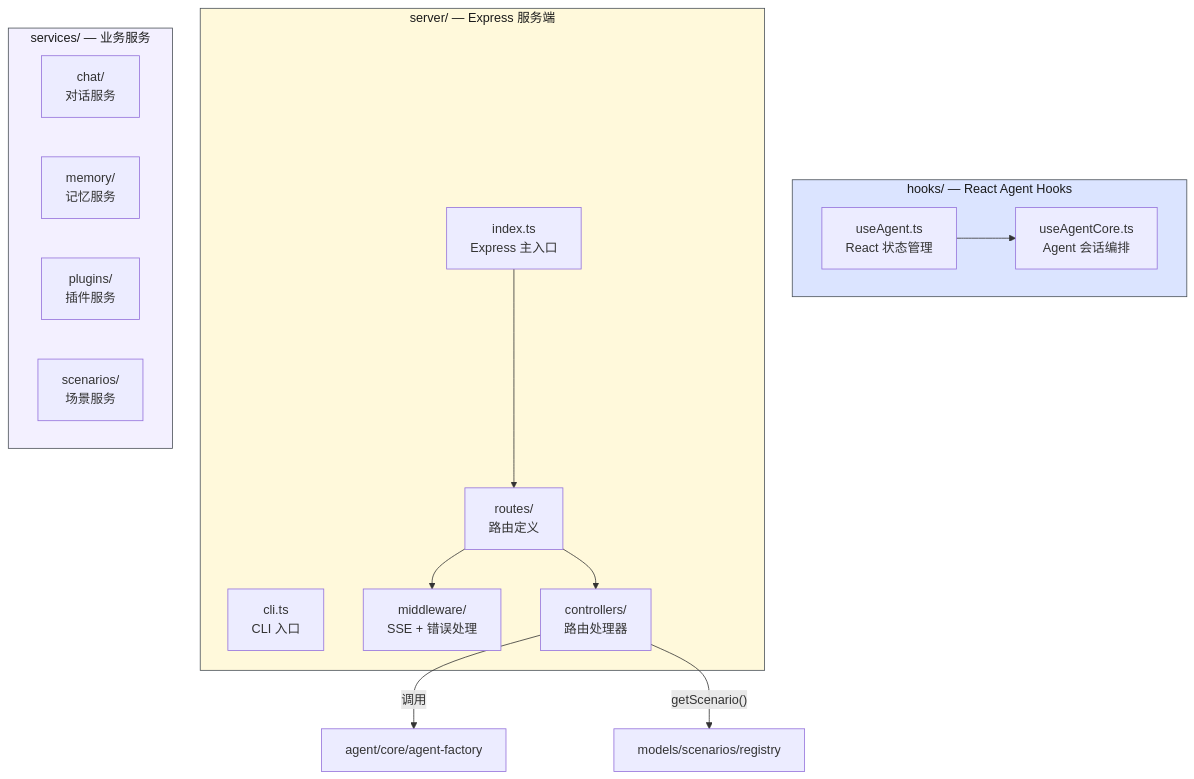
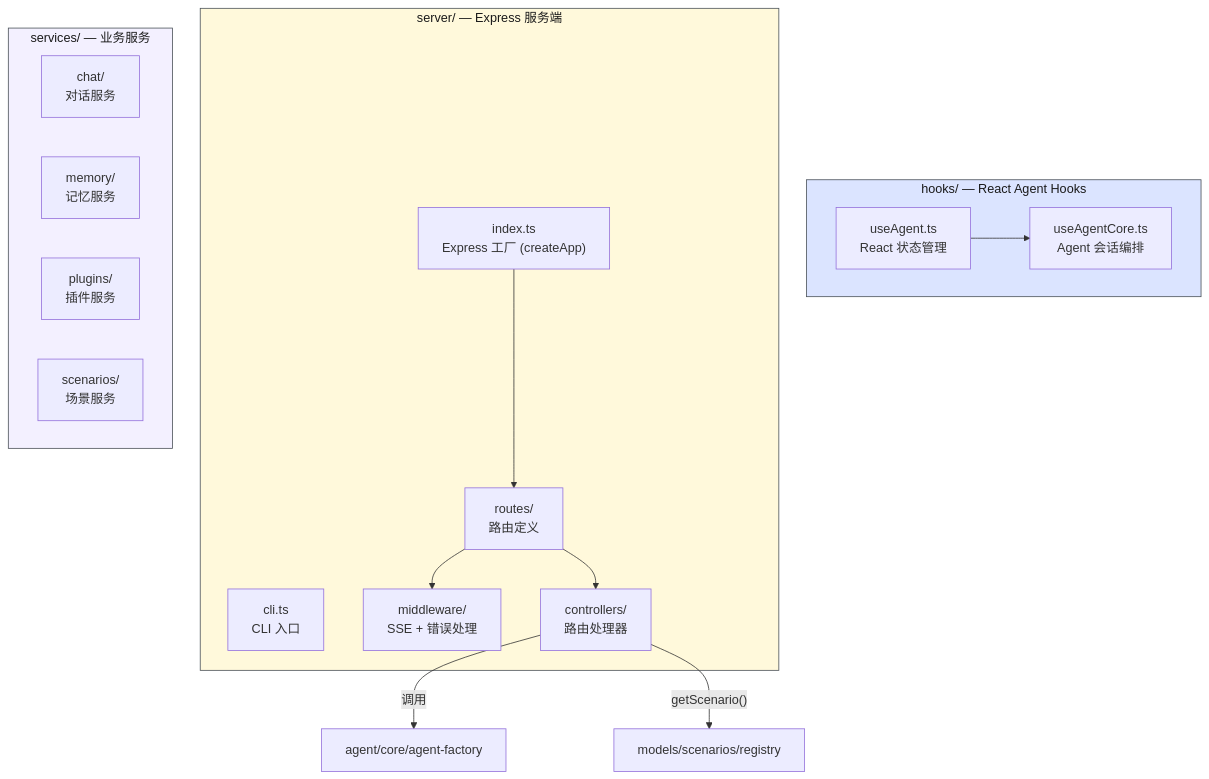
One commit to yjzaaa/leave-approval-agent changed the first of 3 diagrams in src/controllers/CLAUDE.md. Above: the diagram before and after it, drawn with Mermaid. The commit also changed other lines of this file and 11 other files, not shown here.

````diff
--- a/src/controllers/CLAUDE.md
+++ b/src/controllers/CLAUDE.md
@@ -50,33 +50,33 @@
 ```mermaid
 graph TD
     subgraph Hooks["hooks/ — React Agent Hooks"]
         UseAgent["useAgent.ts<br/>React 状态管理"]
         UseAgentCore["useAgentCore.ts<br/>Agent 会话编排"]
     end
 
     subgraph Server["server/ — Express 服务端"]
-        Index["index.ts<br/>Express 主入口"]
+        Index["index.ts<br/>Express 工厂 (createApp)"]
         CLI["cli.ts<br/>CLI 入口"]
         Routes["routes/<br/>路由定义"]
         MW["middleware/<br/>SSE + 错误处理"]
         Ctrls["controllers/<br/>路由处理器"]
     end
 
     subgraph Svc["services/ — 业务服务"]
         ChatSvc["chat/<br/>对话服务"]
         MemSvc["memory/<br/>记忆服务"]
         PluginSvc["plugins/<br/>插件服务"]
         ScenarioSvc["scenarios/<br/>场景服务"]
     end
 
     UseAgent --> UseAgentCore
     Index --> Routes
     Routes --> Ctrls
     Routes --> MW
     Ctrls -->|"调用"| AgentFactory["agent/core/agent-factory"]
     Ctrls -->|"getScenario()"| Registry["models/scenarios/registry"]
 
     style Hooks fill:#dbe4ff,stroke:#495057,color:#1a1a1a
     style Server fill:#fff9db,stroke:#495057,color:#1a1a1a
     style Svc fill:#f3f0ff,stroke:#495057,color:#1a1a1a
 ```
````
